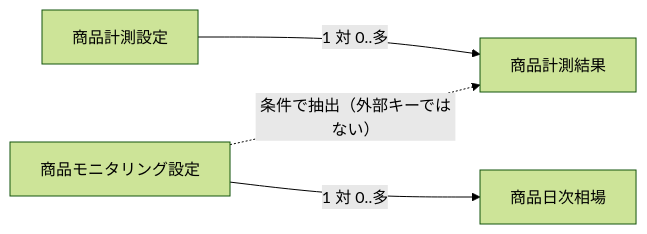
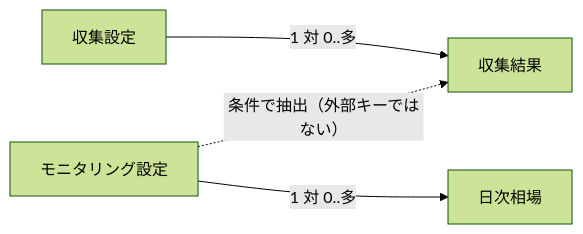
One commit to kuroweb/price-monitoring changed the first of 3 diagrams in docs/features/product-monitoring/index.md. Above: the diagram before and after it, drawn with Mermaid (forest theme). The commit also changed other lines of this file and 8 other files, not shown here.

````diff
--- a/docs/features/product-monitoring/index.md
+++ b/docs/features/product-monitoring/index.md
@@ -20,6 +22,6 @@
 ```mermaid
 flowchart LR
-    crawl["商品計測設定"] -->|"1 対 0..多"| result["商品計測結果"]
-    watch["商品モニタリング設定"] -->|"1 対 0..多"| daily["商品日次相場"]
+    crawl["収集設定"] -->|"1 対 0..多"| result["収集結果"]
+    watch["モニタリング設定"] -->|"1 対 0..多"| daily["日次相場"]
     watch -. "条件で抽出（外部キーではない）" .-> result
 ```
````
